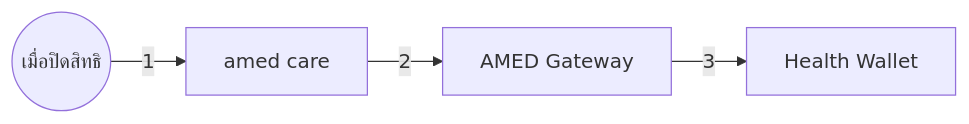
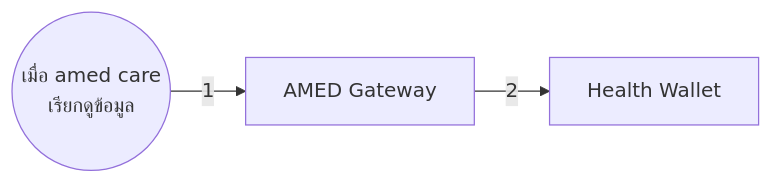
The fourth of 4 diagrams in ktb-amed/README.md (lionants02/public), drawn with Mermaid before and after one commit. The commit also changed other lines of this file, not shown here.

Commit message:
update flow

````diff
--- a/ktb-amed/README.md
+++ b/ktb-amed/README.md
@@ -111,9 +88,8 @@
-        ```mermaid
-        flowchart LR
-            U(("เมื่อปิดสิทธิ"))
-            amed["amed care"]
-            gw["AMED Gateway"]
-            hw["Health Wallet"]
+```mermaid
+flowchart LR
+    U(("เมื่อ amed care <br> เรียกดูข้อมูล"))
+    gw["AMED Gateway"]
+    hw["Health Wallet"]
 
-            U -->|1| amed -->|2| gw -->|3| hw
-        ```
+    U -->|1| gw -->|2| hw
+```
````
